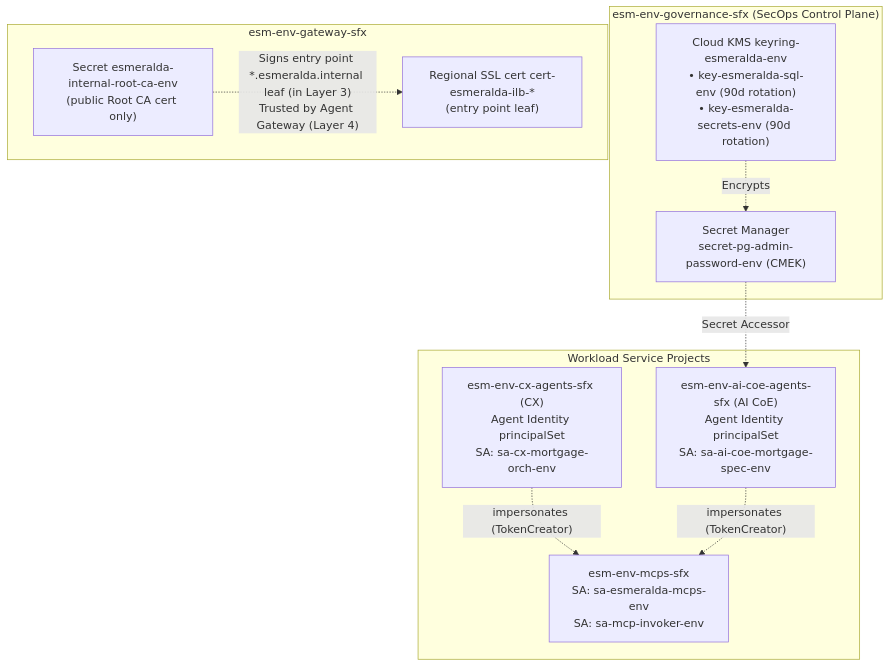
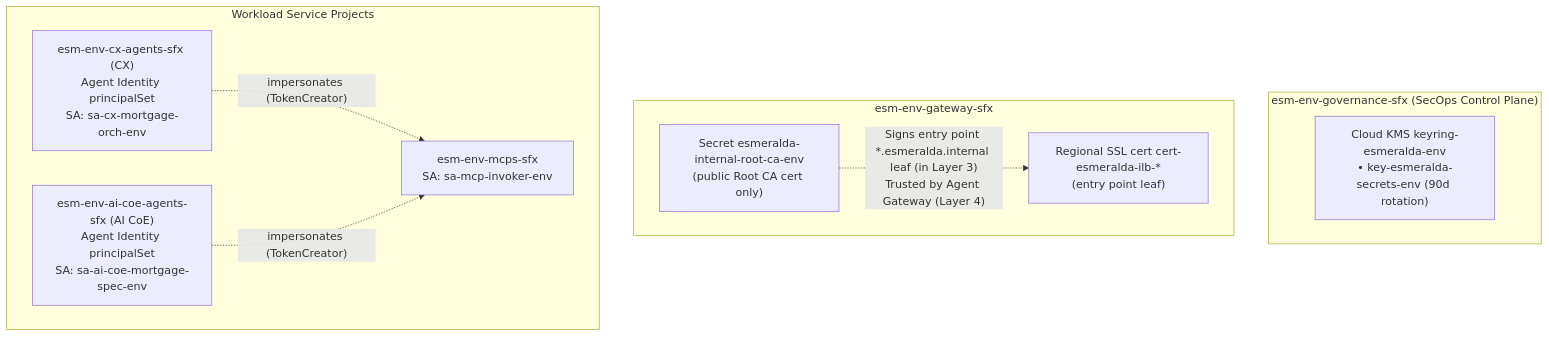
The diagram in docs/src/1-platform-foundations/03-security-iam-and-telemetry.md (google/esmeralda), drawn with Mermaid before and after one commit. The commit also changed other lines of this file and 32 other files, not shown here.

First line of the commit message:
refactor: remove the Cloud SQL task store and verify A2A session context (#128)

````diff
--- a/docs/src/1-platform-foundations/03-security-iam-and-telemetry.md
+++ b/docs/src/1-platform-foundations/03-security-iam-and-telemetry.md
@@ -85,24 +82,21 @@
 ```mermaid
 flowchart TD
     subgraph Gov["esm-env-governance-sfx (SecOps Control Plane)"]
-        KMS["Cloud KMS keyring-esmeralda-env<br/>• key-esmeralda-sql-env (90d rotation)<br/>• key-esmeralda-secrets-env (90d rotation)"]
-        Secrets["Secret Manager<br/>secret-pg-admin-password-env (CMEK)"]
+        KMS["Cloud KMS keyring-esmeralda-env<br/>• key-esmeralda-secrets-env (90d rotation)"]
     end
 
     subgraph GW["esm-env-gateway-sfx"]
         CA["Secret esmeralda-internal-root-ca-env<br/>(public Root CA cert only)"]
         Leaf["Regional SSL cert cert-esmeralda-ilb-*<br/>(entry point leaf)"]
     end
 
     subgraph Workloads["Workload Service Projects"]
-        P_MCPS["esm-env-mcps-sfx<br/>SA: sa-esmeralda-mcps-env<br/>SA: sa-mcp-invoker-env"]
+        P_MCPS["esm-env-mcps-sfx<br/>SA: sa-mcp-invoker-env"]
         P_AICOE["esm-env-ai-coe-agents-sfx (AI CoE)<br/>Agent Identity principalSet<br/>SA: sa-ai-coe-mortgage-spec-env"]
         P_CX["esm-env-cx-agents-sfx (CX)<br/>Agent Identity principalSet<br/>SA: sa-cx-mortgage-orch-env"]
     end
 
-    KMS -.->|Encrypts| Secrets
-    Secrets -.->|Secret Accessor| P_AICOE
     P_CX -.->|"impersonates (TokenCreator)"| P_MCPS
     P_AICOE -.->|"impersonates (TokenCreator)"| P_MCPS
     CA -.->|"Signs entry point *.esmeralda.internal leaf (in Layer 3)<br/>Trusted by Agent Gateway (Layer 4)"| Leaf
 ```
````
